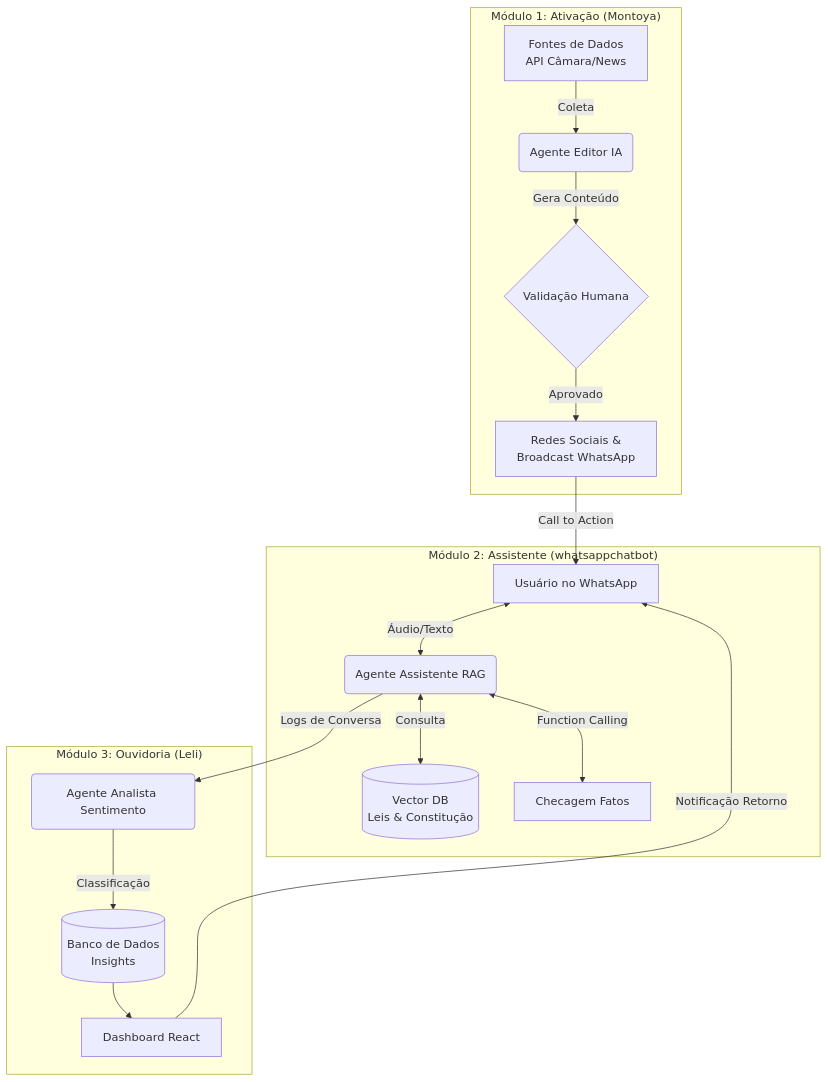
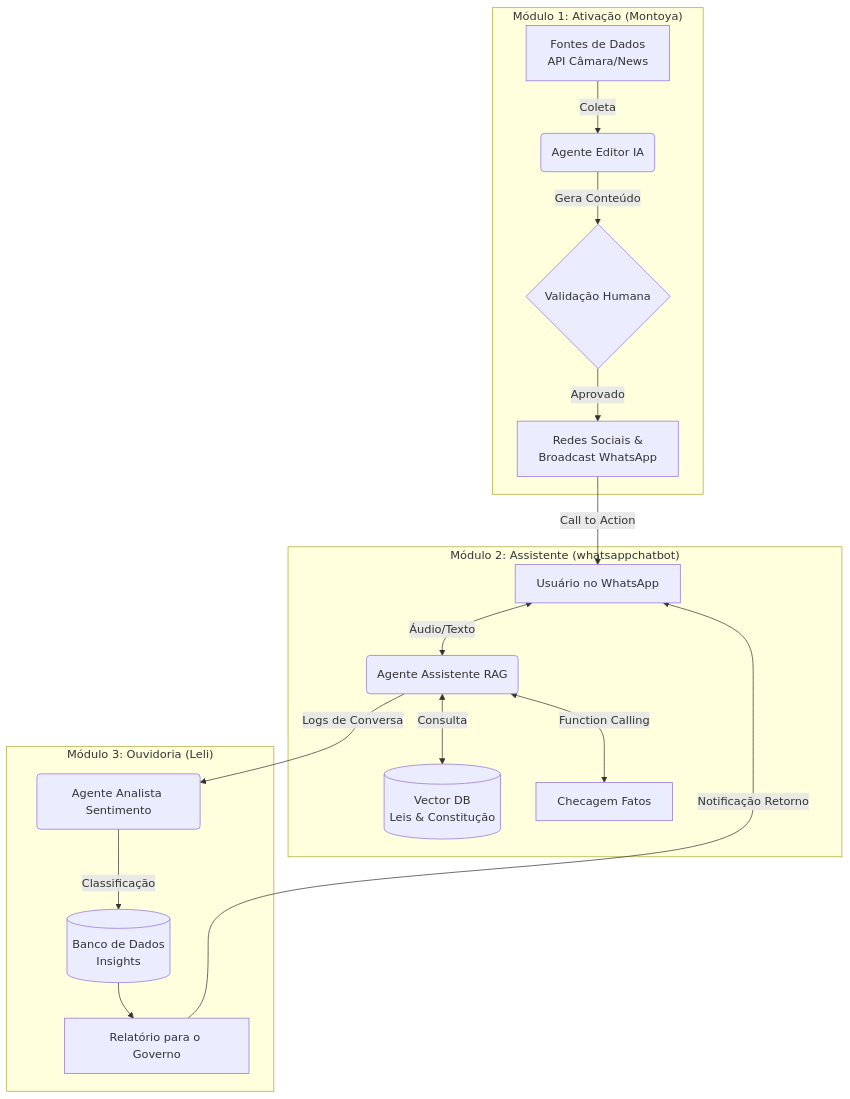
Before and after one commit to Ta-Certo-Isso/MonoRepoHackathon: the diagram in README.md, drawn with Mermaid.

````diff
--- a/README.md
+++ b/README.md
@@ -34,22 +34,22 @@
 ```mermaid
 graph TD
     subgraph "Módulo 1: Ativação (Montoya)"
         A[Fontes de Dados<br/>API Câmara/News] -->|Coleta| B(Agente Editor IA)
         B -->|Gera Conteúdo| C{Validação Humana}
         C -->|Aprovado| D[Redes Sociais &<br/>Broadcast WhatsApp]
     end
 
     subgraph "Módulo 2: Assistente (whatsappchatbot)"
         D -->|Call to Action| E[Usuário no WhatsApp]
         E <-->|Áudio/Texto| F(Agente Assistente RAG)
         F <-->|Consulta| G[(Vector DB<br/>Leis & Constitução)]
         F <-->|Function Calling| H[Checagem Fatos]
     end
 
     subgraph "Módulo 3: Ouvidoria (Leli)"
         F -->|Logs de Conversa| I(Agente Analista Sentimento)
         I -->|Classificação| J[(Banco de Dados<br/>Insights)]
-        J --> K[Dashboard React]
+        J --> K[Relatório para o Governo]
         K -->|Notificação Retorno| E
     end
 ```
````
